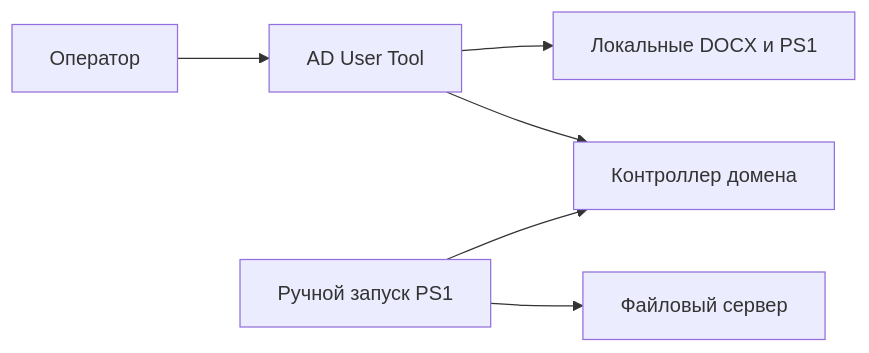
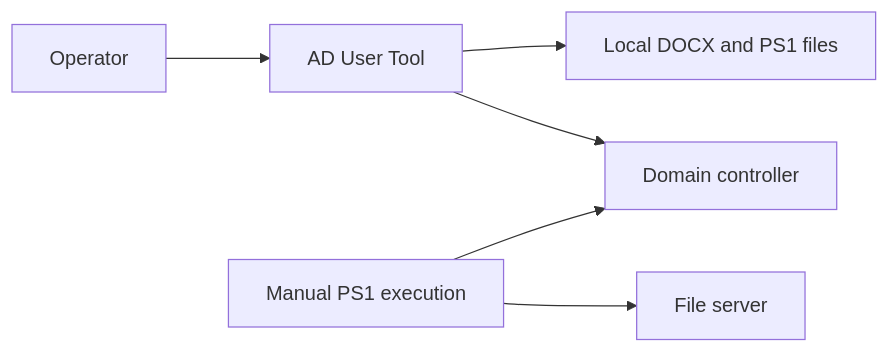
The third of 3 diagrams in docs/ARCHITECTURE.md (NetGraniz/ad_user_tool), drawn with Mermaid before and after one commit. The commit also changed other lines of this file and 9 other files, not shown here.

````diff
--- a/docs/ARCHITECTURE.md
+++ b/docs/ARCHITECTURE.md
@@ -135,8 +135,8 @@
 ```mermaid
 flowchart LR
-    Operator["Оператор"] --> App["AD User Tool"]
-    App --> DC["Контроллер домена"]
-    App --> Local["Локальные DOCX и PS1"]
-    Script["Ручной запуск PS1"] --> FileServer["Файловый сервер"]
+    Operator --> App["AD User Tool"]
+    App --> DC["Domain controller"]
+    App --> Local["Local DOCX and PS1 files"]
+    Script["Manual PS1 execution"] --> FileServer["File server"]
     Script --> DC
 ```
````
